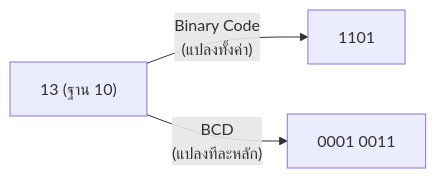
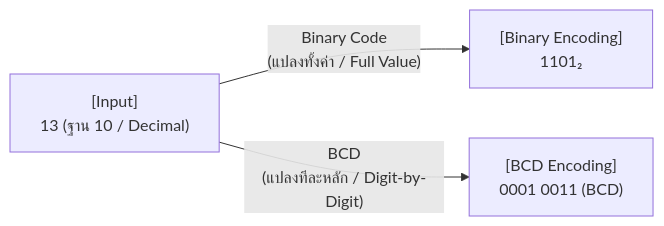
The second of 2 diagrams in 01_Lectures/Week1/Codes-BCD.md (PhuriphatTyPeZ3r0/Course-1322201-Digital-Logic-Design-2026), drawn with Mermaid before and after one commit. The commit also changed other lines of this file and 18 other files, not shown here.

Commit message:
refactor: standardize diagrams to UML specifications across notes and templates

````diff
--- a/01_Lectures/Week1/Codes-BCD.md
+++ b/01_Lectures/Week1/Codes-BCD.md
@@ -47,5 +48,9 @@
 ```mermaid
-graph LR
-    N["13 (ฐาน 10)"] -->|"Binary Code<br/>(แปลงทั้งค่า)"| B["1101"]
-    N -->|"BCD<br/>(แปลงทีละหลัก)"| C["0001 0011"]
+flowchart LR
+    N["[Input]<br/>13 (ฐาน 10 / Decimal)"]
+    B["[Binary Encoding]<br/>1101₂"]
+    C["[BCD Encoding]<br/>0001 0011 (BCD)"]
+
+    N -->|"Binary Code<br/>(แปลงทั้งค่า / Full Value)"| B
+    N -->|"BCD<br/>(แปลงทีละหลัก / Digit-by-Digit)"| C
 ```
````
